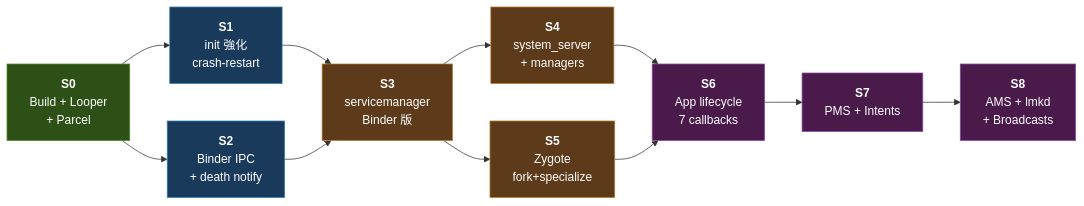
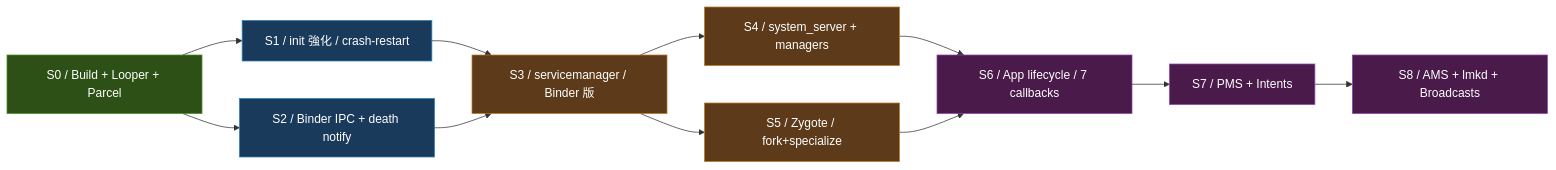
The second of 26 diagrams in docs/learning-guide.md (Owen771/mini-AOSP), drawn with Mermaid before and after one commit. The commit also changed other lines of this file and 34 other files, not shown here.

````diff
--- a/docs/learning-guide.md
+++ b/docs/learning-guide.md
@@ -33,33 +41,33 @@
 ```mermaid
 graph LR
-    S0["<b>S0</b><br/>Build + Looper<br/>+ Parcel"]
-    S1["<b>S1</b><br/>init 強化<br/>crash-restart"]
-    S2["<b>S2</b><br/>Binder IPC<br/>+ death notify"]
-    S3["<b>S3</b><br/>servicemanager<br/>Binder 版"]
-    S4["<b>S4</b><br/>system_server<br/>+ managers"]
-    S5["<b>S5</b><br/>Zygote<br/>fork+specialize"]
-    S6["<b>S6</b><br/>App lifecycle<br/>7 callbacks"]
-    S7["<b>S7</b><br/>PMS + Intents"]
-    S8["<b>S8</b><br/>AMS + lmkd<br/>+ Broadcasts"]
+ S0["S0 / Build + Looper + Parcel"]
+ S1["S1 / init 強化 / crash-restart"]
+ S2["S2 / Binder IPC + death notify"]
+ S3["S3 / servicemanager / Binder 版"]
+ S4["S4 / system_server + managers"]
+ S5["S5 / Zygote / fork+specialize"]
+ S6["S6 / App lifecycle / 7 callbacks"]
+ S7["S7 / PMS + Intents"]
+ S8["S8 / AMS + lmkd + Broadcasts"]
 
-    S0 --> S1
-    S0 --> S2
-    S1 --> S3
-    S2 --> S3
-    S3 --> S4
-    S3 --> S5
-    S4 --> S6
-    S5 --> S6
-    S6 --> S7
-    S7 --> S8
+ S0 --> S1
+ S0 --> S2
+ S1 --> S3
+ S2 --> S3
+ S3 --> S4
+ S3 --> S5
+ S4 --> S6
+ S5 --> S6
+ S6 --> S7
+ S7 --> S8
 
-    style S0 fill:#2d5016,stroke:#4a8c28,color:#fff
-    style S1 fill:#1a3a5c,stroke:#2980b9,color:#fff
-    style S2 fill:#1a3a5c,stroke:#2980b9,color:#fff
-    style S3 fill:#5c3a1a,stroke:#b97829,color:#fff
-    style S4 fill:#5c3a1a,stroke:#b97829,color:#fff
-    style S5 fill:#5c3a1a,stroke:#b97829,color:#fff
-    style S6 fill:#4a1a4a,stroke:#8e44ad,color:#fff
-    style S7 fill:#4a1a4a,stroke:#8e44ad,color:#fff
-    style S8 fill:#4a1a4a,stroke:#8e44ad,color:#fff
+ style S0 fill:#2d5016,stroke:#4a8c28,color:#fff
+ style S1 fill:#1a3a5c,stroke:#2980b9,color:#fff
+ style S2 fill:#1a3a5c,stroke:#2980b9,color:#fff
+ style S3 fill:#5c3a1a,stroke:#b97829,color:#fff
+ style S4 fill:#5c3a1a,stroke:#b97829,color:#fff
+ style S5 fill:#5c3a1a,stroke:#b97829,color:#fff
+ style S6 fill:#4a1a4a,stroke:#8e44ad,color:#fff
+ style S7 fill:#4a1a4a,stroke:#8e44ad,color:#fff
+ style S8 fill:#4a1a4a,stroke:#8e44ad,color:#fff
 ```
````
